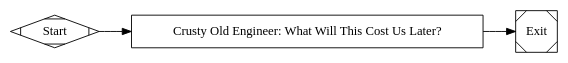
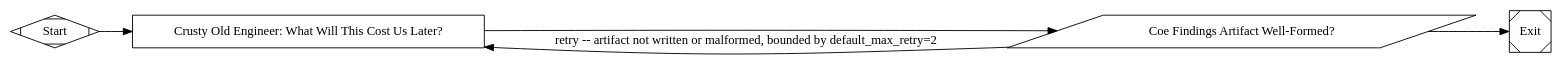
Before and after one commit to kenotron-ms/amplifier-bundle-kenergy: the diagram in pipelines/think_like_ken/subgraphs/coe_lens.dot, drawn with Graphviz. The commit also changed 24 other files, not shown here.

```diff
--- a/pipelines/think_like_ken/subgraphs/coe_lens.dot
+++ b/pipelines/think_like_ken/subgraphs/coe_lens.dot
@@ -1,34 +1,48 @@
 // coe_lens.dot
 //
 // Subgraph rendering of the "crusty-old-engineer" skill
 // (skills/crusty-old-engineer/SKILL.md): a consequences-and-hidden-costs
 // inline sanity check on the synthesized decisions, invoked from
 // think_like_ken.dot's Phase 3 when needs_consequence_lens=true.
 //
 // Prompt ported near-verbatim from the skill's Output Structure ("Short
 // framing" / "Key risks / sharp edges" / "Recommended approach").
 //
 // Inputs:
 //   $decisions_path - path to .resolve/design/decisions.json
 //
 // Outputs:
 //   coe.findings - the consequences critique, folded back into the
 //                   consolidated review
 
 digraph coe_lens {
   graph [rankdir=LR, default_max_retry=2, default_fidelity="summary:high"];
 
   Start [shape=Mdiamond, label="Start"];
   Exit  [shape=Msquare,  label="Exit"];
 
   // Emits coe.findings via report_outcome's context_updates directly --
   // same missing-writer fix as cosam_lens.dot's CosamReview node.
   CoeReview [
     shape=box, goal_gate=true, fidelity="full",
     label="Crusty Old Engineer: What Will This Cost Us Later?",
-    prompt="Read ${decisions_path}. Embody the Crusty Old Engineer: a senior systems engineer who has reviewed too many designs to be impressed, but still cares about correctness. Grounded skepticism, not sarcasm.\n\nFor each decision, question unstated assumptions, identify hidden costs (maintenance, operations, ownership, governance), and call out known failure modes for the problem class. Skepticism alone is insufficient -- you must still answer the question, offer at least one viable way forward, and suggest safer first steps or validation paths.\n\nDeliver: (1) Short framing -- what this problem actually is, stated plainly; (2) Key risks / sharp edges -- concrete, experience-backed points, no fluff; (3) Recommended approach -- how to proceed responsibly, including constraints or sequencing. Anchor claims in real sources when reasonable ones exist (postmortems, SRE literature, canonical incident analyses); if none exist, say so and frame the claim as experiential.\n\nWrite .resolve/design/coe_findings.json with {\"risks\":[...],\"recommended_approach\":\"...\"}. Call the report_outcome tool with status=\"success\", context_updates={\"coe.findings\": \"<your full (1)-(3) critique text, verbatim>\"}, and preferred_label=\"coe_reviewed\" (also print the single line: coe_reviewed)"
+    prompt="Read ${decisions_path}. Embody the Crusty Old Engineer: a senior systems engineer who has reviewed too many designs to be impressed, but still cares about correctness. Grounded skepticism, not sarcasm.\n\nFor each decision, question unstated assumptions, identify hidden costs (maintenance, operations, ownership, governance), and call out known failure modes for the problem class. Skepticism alone is insufficient -- you must still answer the question, offer at least one viable way forward, and suggest safer first steps or validation paths.\n\nDeliver: (1) Short framing -- what this problem actually is, stated plainly; (2) Key risks / sharp edges -- concrete, experience-backed points, no fluff; (3) Recommended approach -- how to proceed responsibly, including constraints or sequencing. Anchor claims in real sources when reasonable ones exist (postmortems, SRE literature, canonical incident analyses); if none exist, say so and frame the claim as experiential.\n\nWrite .resolve/design/coe_findings.json with {\"risks\":[...],\"recommended_approach\":\"...\"}\n\n=== REPORT_OUTCOME CONTRACT (MANDATORY) ===\nThis is the single most important instruction in this prompt. Do NOT respond with plain-text prose as your final action. When the task above is complete, you MUST call the report_outcome tool with status=\"success\", context_updates={\"coe.findings\": \"<your full (1)-(3) critique text, verbatim>\"} and preferred_label=\"coe_reviewed\" (also print the single line: coe_reviewed). This tool call is required for the pipeline to proceed; prose alone will fail the gate.\n=========================================="
   ];
 
-  Start     -> CoeReview;
-  CoeReview -> Exit;
+  // Deterministic gate: CoeReview's report_outcome context_updates claim is
+  // not proof the critique was actually produced -- confirm the artifact
+  // file it's also required to write has the required keys before exiting.
+  // (There is no deeper observable proxy for "is this critique good" --
+  // that remains the genuine judgment call this lens exists for; this gate
+  // only confirms the well-formed-artifact floor, per the audit's
+  // "verdict artifact with required fields" guidance.)
+  CoeArtifactGate [
+    shape=parallelogram, label="Coe Findings Artifact Well-Formed?",
+    tool_command="#!/bin/sh\nset -e\npython3 -c \"\nimport json\ntry:\n  d=json.load(open('.resolve/design/coe_findings.json'))\n  ok = isinstance(d.get('risks'), list) and isinstance(d.get('recommended_approach'), str) and d['recommended_approach'].strip() != ''\nexcept Exception:\n  ok = False\nprint('ok' if ok else 'missing')\n\""
+  ];
+
+  Start          -> CoeReview;
+  CoeReview      -> CoeArtifactGate;
+  CoeArtifactGate -> Exit      [condition="context.tool.last_line=ok", weight="2"];
+  CoeArtifactGate -> CoeReview [condition="context.tool.last_line=missing", loop_restart="true", label="retry -- artifact not written or malformed, bounded by default_max_retry=2"];
 }
```
